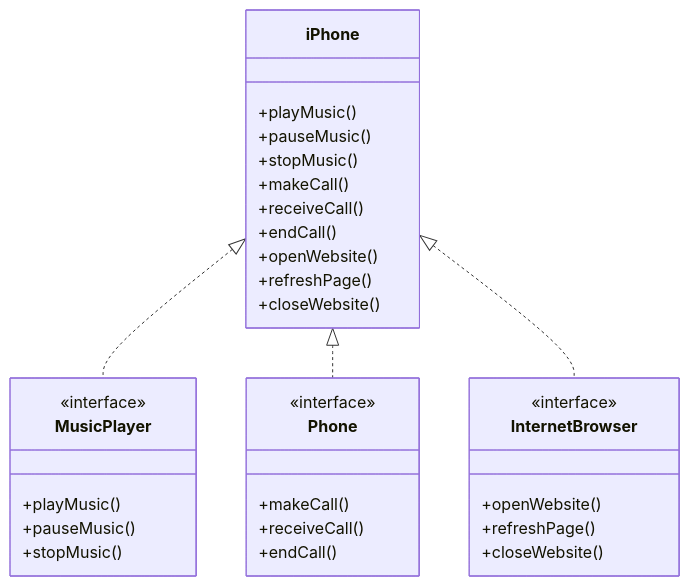
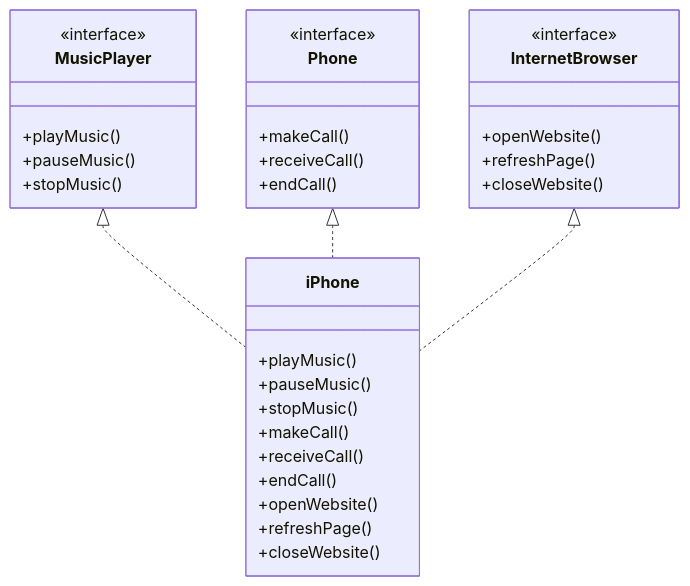
Before and after one commit to OsmarBaia/dio-formacao-java-developer: the second of 2 diagrams in README.md, drawn with Mermaid.

````diff
--- a/README.md
+++ b/README.md
@@ -77,40 +77,40 @@
 ```mermaid
 classDiagram
     class MusicPlayer {
         <<interface>>
         +playMusic()
         +pauseMusic()
         +stopMusic()
     }
 
     class Phone {
         <<interface>>
         +makeCall()
         +receiveCall()
         +endCall()
     }
 
     class InternetBrowser {
         <<interface>>
         +openWebsite()
         +refreshPage()
         +closeWebsite()
     }
 
     class iPhone {
         +playMusic()
         +pauseMusic()
         +stopMusic()
         +makeCall()
         +receiveCall()
         +endCall()
         +openWebsite()
         +refreshPage()
         +closeWebsite()
     }
 
-    iPhone  <|.. MusicPlayer
-    iPhone <|.. Phone
-    iPhone  <|.. InternetBrowser
+    MusicPlayer <|.. iPhone
+    Phone  <|.. iPhone
+    InternetBrowser  <|.. iPhone
 
 ```
````
